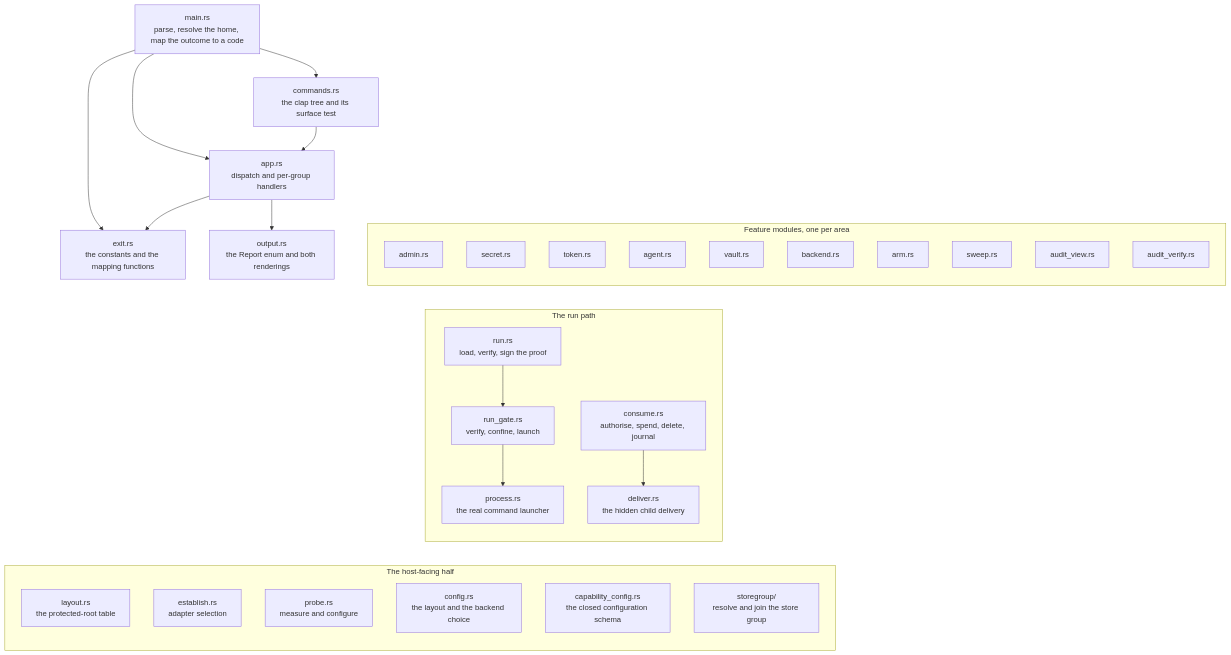
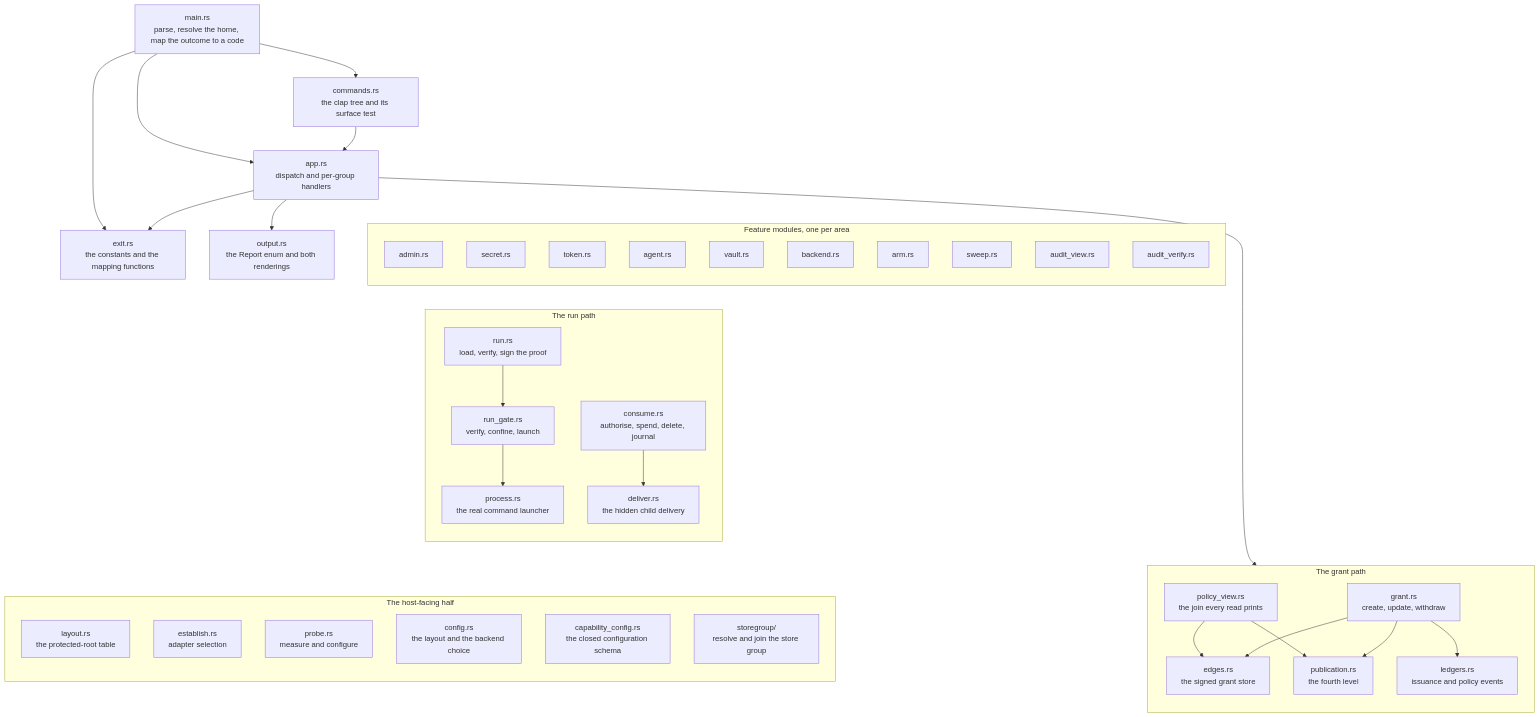
The first of 5 diagrams in site/docs/components/ksp-cli.md (bruj0/keyspout), drawn with Mermaid before and after one commit. The commit also changed other lines of this file and 80 other files, not shown here.

````diff
--- a/site/docs/components/ksp-cli.md
+++ b/site/docs/components/ksp-cli.md
@@ -39,57 +39,74 @@
 ```mermaid
 graph TB
   MAIN["main.rs<br/>parse, resolve the home, map the outcome to a code"]
   COMMANDS["commands.rs<br/>the clap tree and its surface test"]
   APP["app.rs<br/>dispatch and per-group handlers"]
   EXIT["exit.rs<br/>the constants and the mapping functions"]
 
   subgraph Feature["Feature modules, one per area"]
       direction TB
     ADMIN["admin.rs"]
     SECRET["secret.rs"]
     TOKEN["token.rs"]
     AGENT["agent.rs"]
     VAULT["vault.rs"]
     BACKEND["backend.rs"]
     ARM["arm.rs"]
     SWEEP["sweep.rs"]
     AUDITV["audit_view.rs"]
     AUDITV2["audit_verify.rs"]
+  end
+
+  subgraph Grantpath["The grant path"]
+      direction TB
+    GRANT["grant.rs<br/>create, update, withdraw"]
+    EDGESTORE["edges.rs<br/>the signed grant store"]
+    PUBLICATION["publication.rs<br/>the fourth level"]
+    POLICYVIEW["policy_view.rs<br/>the join every read prints"]
+    LEDGERS["ledgers.rs<br/>issuance and policy events"]
   end
 
   subgraph Runpath["The run path"]
       direction TB
     RUN["run.rs<br/>load, verify, sign the proof"]
     GATE["run_gate.rs<br/>verify, confine, launch"]
     CONSUME["consume.rs<br/>authorise, spend, delete, journal"]
     DELIVER["deliver.rs<br/>the hidden child delivery"]
     PROCESS["process.rs<br/>the real command launcher"]
   end
 
   subgraph Host["The host-facing half"]
       direction TB
     LAYOUT["layout.rs<br/>the protected-root table"]
     ESTABLISH["establish.rs<br/>adapter selection"]
     PROBE["probe.rs<br/>measure and configure"]
     CONFIG["config.rs<br/>the layout and the backend choice"]
     CAPCFG["capability_config.rs<br/>the closed configuration schema"]
     STOREGRP["storegroup/<br/>resolve and join the store group"]
   end
 
   OUTPUT["output.rs<br/>the Report enum and both renderings"]
 
   MAIN --> COMMANDS
   MAIN --> APP
   MAIN --> EXIT
   COMMANDS --> APP
   APP --> EXIT
   APP --> OUTPUT
+  APP --> GRANT
   APP ~~~ Feature
   APP ~~~ Runpath
   APP ~~~ Host
   RUN --> GATE
   GATE --> PROCESS
   CONSUME --> DELIVER
+  GRANT --> EDGESTORE
+  GRANT --> PUBLICATION
+  GRANT --> LEDGERS
+  POLICYVIEW --> EDGESTORE
+  POLICYVIEW --> PUBLICATION
   Feature ~~~ Runpath
   Runpath ~~~ Host
+  Runpath ~~~ Grantpath
+  Feature ~~~ Grantpath
 ```
````
